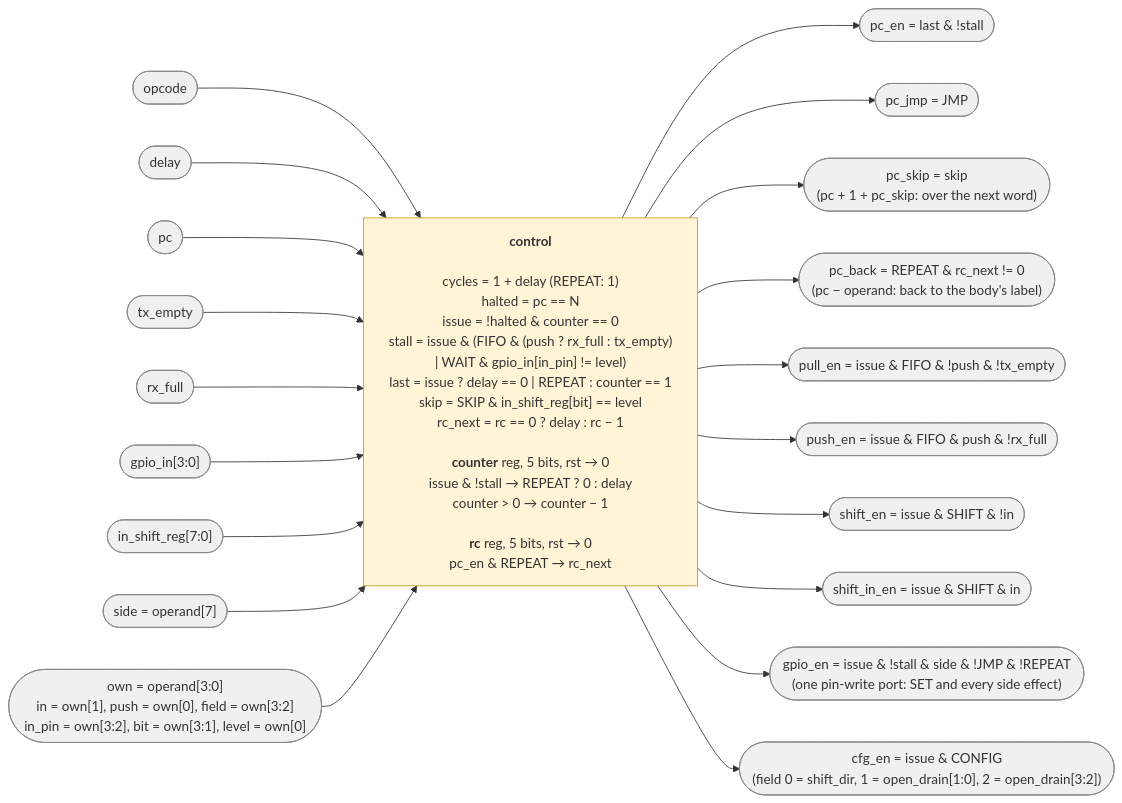
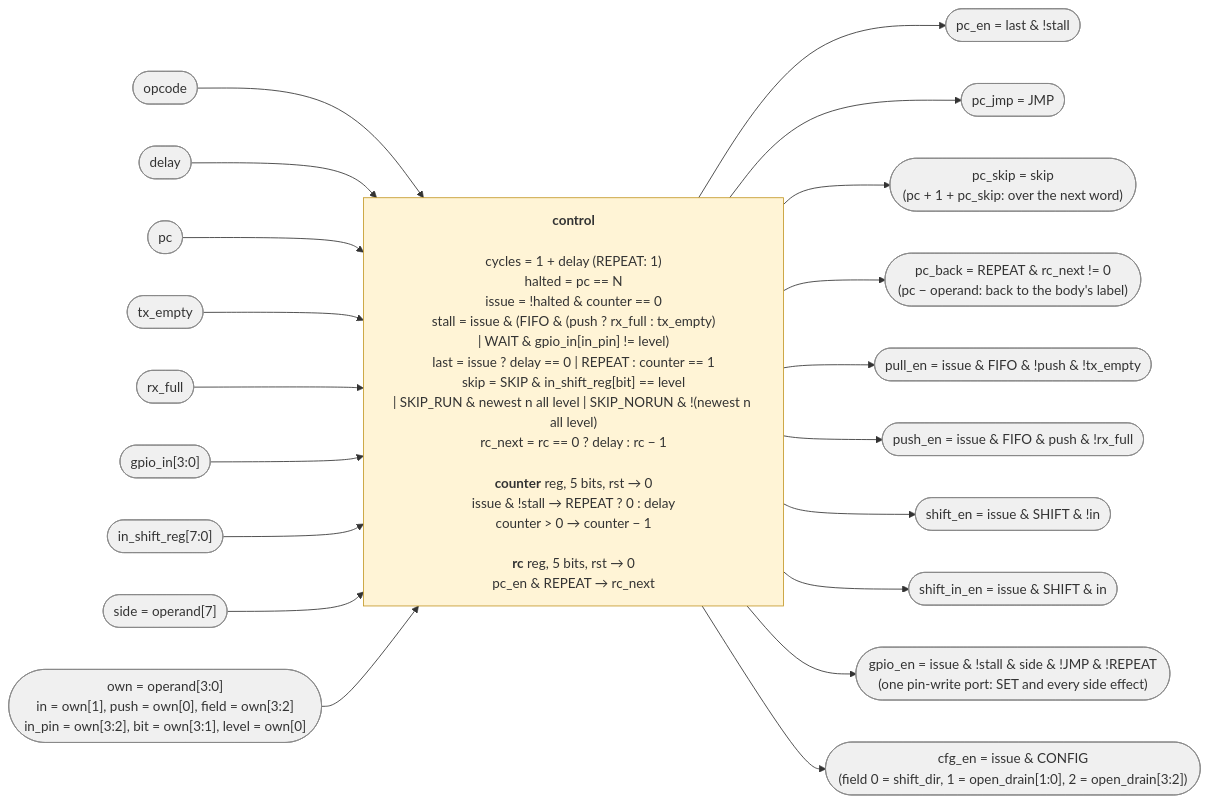
Before and after one commit to cshieldsce/smallcore: the diagram in docs/control.mmd, drawn with Mermaid. The commit also changed 7 other files, not shown here.

```diff
--- a/docs/control.mmd
+++ b/docs/control.mmd
@@ -1,52 +1,52 @@
 %%{init: {"flowchart": {"wrappingWidth": 440}}}%%
 %% The control block: what it reads, what it computes, what it drives. All combinational
 %% except the counter register. Signal names match core.svg. The opcode names stand for
 %% opcode == that value: NOP/SET = 000, SHIFT = 001, FIFO = 010, JMP = 011, CONFIG = 100, WAIT = 101,
 %% SKIP = 110, REPEAT = 111 (its delay bits are count − 1, not a delay).
 flowchart LR
   classDef sig fill:#f0f0f0,stroke:#888
   classDef reg fill:#dbe8ff,stroke:#4a6fa5
   classDef comb fill:#fff4d6,stroke:#c49a2a
 
   OPC(["opcode"]):::sig
   DLY(["delay"]):::sig
   PCV(["pc"]):::sig
   EMP(["tx_empty"]):::sig
   FUL(["rx_full"]):::sig
   GIN(["gpio_in[3:0]"]):::sig
   ISR(["in_shift_reg[7:0]"]):::sig
   SIDE(["side = operand[7]"]):::sig
   OWN(["own = operand[3:0]<br/>in = own[1], push = own[0], field = own[3:2]<br/>in_pin = own[3:2], bit = own[3:1], level = own[0]"]):::sig
 
-  CU["<b>control</b><br/><br/>cycles = 1 + delay (REPEAT: 1)<br/>halted = pc == N<br/>issue = !halted & counter == 0<br/>stall = issue & (FIFO & (push ? rx_full : tx_empty)<br/>| WAIT & gpio_in[in_pin] != level)<br/>last = issue ? delay == 0 | REPEAT : counter == 1<br/>skip = SKIP & in_shift_reg[bit] == level<br/>rc_next = rc == 0 ? delay : rc − 1<br/><br/><b>counter</b> reg, 5 bits, rst → 0<br/>issue & !stall → REPEAT ? 0 : delay<br/>counter > 0 → counter − 1<br/><br/><b>rc</b> reg, 5 bits, rst → 0<br/>pc_en & REPEAT → rc_next"]:::comb
+  CU["<b>control</b><br/><br/>cycles = 1 + delay (REPEAT: 1)<br/>halted = pc == N<br/>issue = !halted & counter == 0<br/>stall = issue & (FIFO & (push ? rx_full : tx_empty)<br/>| WAIT & gpio_in[in_pin] != level)<br/>last = issue ? delay == 0 | REPEAT : counter == 1<br/>skip = SKIP & in_shift_reg[bit] == level<br/>| SKIP_RUN & newest n all level | SKIP_NORUN & !(newest n all level)<br/>rc_next = rc == 0 ? delay : rc − 1<br/><br/><b>counter</b> reg, 5 bits, rst → 0<br/>issue & !stall → REPEAT ? 0 : delay<br/>counter > 0 → counter − 1<br/><br/><b>rc</b> reg, 5 bits, rst → 0<br/>pc_en & REPEAT → rc_next"]:::comb
 
   PCI(["pc_en = last & !stall"]):::sig
   PCJ(["pc_jmp = JMP"]):::sig
   PCS(["pc_skip = skip<br/>(pc + 1 + pc_skip: over the next word)"]):::sig
   PCB(["pc_back = REPEAT & rc_next != 0<br/>(pc − operand: back to the body's label)"]):::sig
   PLE(["pull_en = issue & FIFO & !push & !tx_empty"]):::sig
   PSE(["push_en = issue & FIFO & push & !rx_full"]):::sig
   SHE(["shift_en = issue & SHIFT & !in"]):::sig
   SIE(["shift_in_en = issue & SHIFT & in"]):::sig
   PNE(["gpio_en = issue & !stall & side & !JMP & !REPEAT<br/>(one pin-write port: SET and every side effect)"]):::sig
   DIE(["cfg_en = issue & CONFIG<br/>(field 0 = shift_dir, 1 = open_drain[1:0], 2 = open_drain[3:2])"]):::sig
 
   OPC --> CU
   DLY --> CU
   PCV --> CU
   EMP --> CU
   FUL --> CU
   GIN --> CU
   ISR --> CU
   SIDE --> CU
   OWN --> CU
   CU --> PCI
   CU --> PCJ
   CU --> PCS
   CU --> PCB
   CU --> PLE
   CU --> PSE
   CU --> SHE
   CU --> SIE
   CU --> PNE
   CU --> DIE
```
